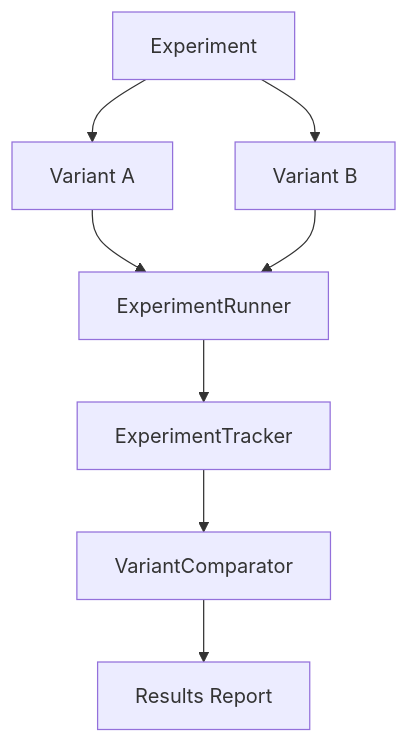
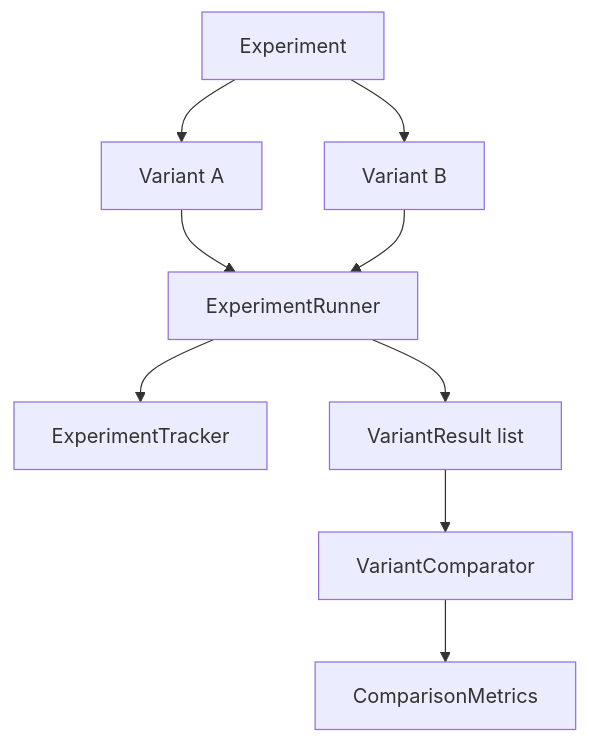
One commit to fireflyframework/fireflyframework-agentic changed the first of 2 diagrams in docs/experiments.md. Above: the diagram before and after it, drawn with Mermaid. The commit also changed other lines of this file and 20 other files, not shown here.

````diff
--- a/docs/experiments.md
+++ b/docs/experiments.md
@@ -17,10 +21,11 @@
 ```mermaid
 flowchart TD
     EXP[Experiment] --> V1[Variant A]
     EXP --> V2[Variant B]
     V1 --> RUN[ExperimentRunner]
     V2 --> RUN
     RUN --> TRACK[ExperimentTracker]
-    TRACK --> CMP[VariantComparator]
-    CMP --> REPORT[Results Report]
+    RUN --> RES[VariantResult list]
+    RES --> CMP[VariantComparator]
+    CMP --> METRICS[ComparisonMetrics]
 ```
````
